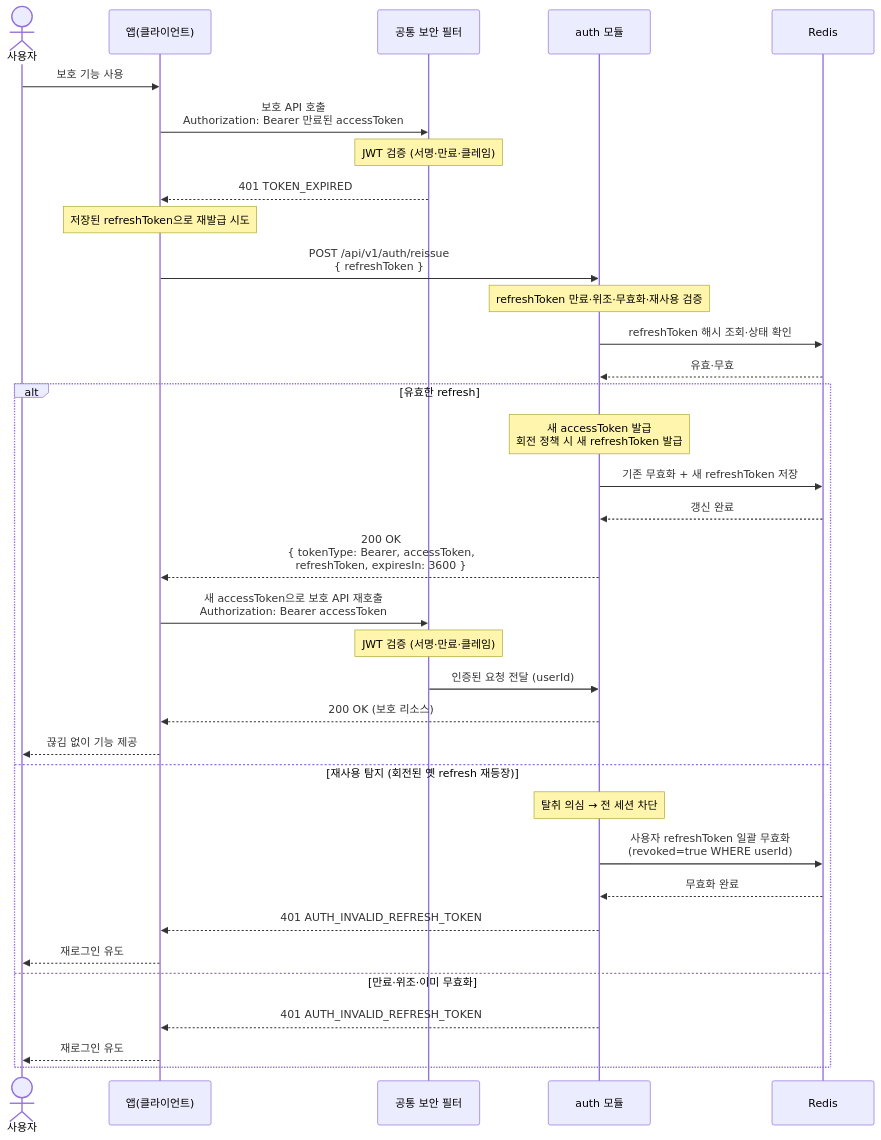
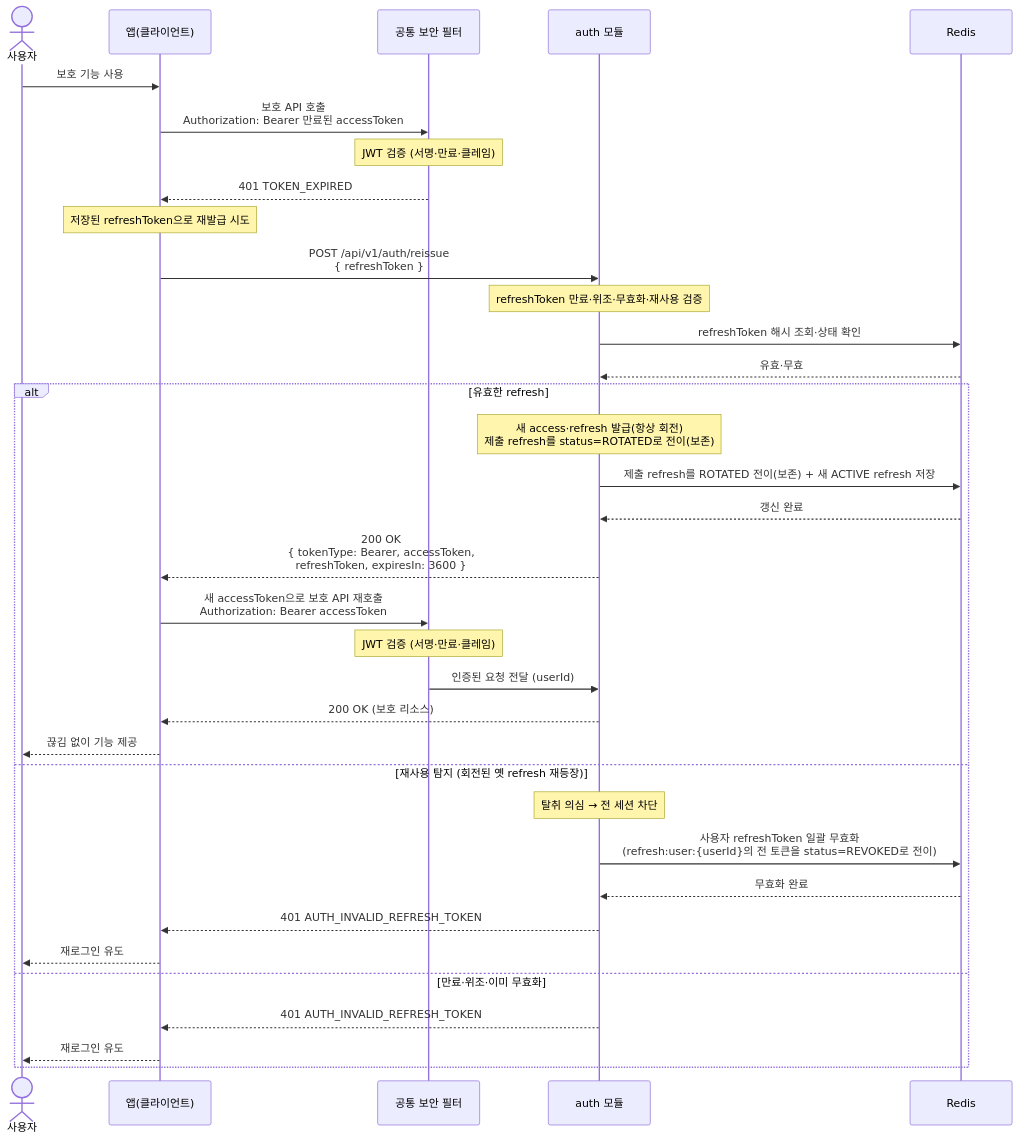
The diagram in docs/architecture/sequence-diagrams/01-auth-onboarding/us-1-3-token-reissue.md (jameskim9509/Kohere-backend), drawn with Mermaid before and after one commit. The commit also changed other lines of this file and 20 other files, not shown here.

````diff
--- a/docs/architecture/sequence-diagrams/01-auth-onboarding/us-1-3-token-reissue.md
+++ b/docs/architecture/sequence-diagrams/01-auth-onboarding/us-1-3-token-reissue.md
@@ -5,38 +5,38 @@
 ```mermaid
 sequenceDiagram
     actor U as 사용자
     participant C as 앱(클라이언트)
     participant SEC as 공통 보안 필터
     participant AUTH as auth 모듈
     participant DB as Redis
 
     U->>C: 보호 기능 사용
     C->>SEC: 보호 API 호출<br/>Authorization: Bearer 만료된 accessToken
     Note over SEC: JWT 검증 (서명·만료·클레임)
     SEC-->>C: 401 TOKEN_EXPIRED
     Note over C: 저장된 refreshToken으로 재발급 시도
     C->>AUTH: POST /api/v1/auth/reissue<br/>{ refreshToken }
     Note over AUTH: refreshToken 만료·위조·무효화·재사용 검증
     AUTH->>DB: refreshToken 해시 조회·상태 확인
     DB-->>AUTH: 유효·무효
     alt 유효한 refresh
-        Note over AUTH: 새 accessToken 발급<br/>회전 정책 시 새 refreshToken 발급
-        AUTH->>DB: 기존 무효화 + 새 refreshToken 저장
+        Note over AUTH: 새 access·refresh 발급(항상 회전)<br/>제출 refresh를 status=ROTATED로 전이(보존)
+        AUTH->>DB: 제출 refresh를 ROTATED 전이(보존) + 새 ACTIVE refresh 저장
         DB-->>AUTH: 갱신 완료
         AUTH-->>C: 200 OK<br/>{ tokenType: Bearer, accessToken,<br/>refreshToken, expiresIn: 3600 }
         C->>SEC: 새 accessToken으로 보호 API 재호출<br/>Authorization: Bearer accessToken
         Note over SEC: JWT 검증 (서명·만료·클레임)
         SEC->>AUTH: 인증된 요청 전달 (userId)
         AUTH-->>C: 200 OK (보호 리소스)
         C-->>U: 끊김 없이 기능 제공
     else 재사용 탐지 (회전된 옛 refresh 재등장)
         Note over AUTH: 탈취 의심 → 전 세션 차단
-        AUTH->>DB: 사용자 refreshToken 일괄 무효화<br/>(revoked=true WHERE userId)
+        AUTH->>DB: 사용자 refreshToken 일괄 무효화<br/>(refresh:user:{userId}의 전 토큰을 status=REVOKED로 전이)
         DB-->>AUTH: 무효화 완료
         AUTH-->>C: 401 AUTH_INVALID_REFRESH_TOKEN
         C-->>U: 재로그인 유도
     else 만료·위조·이미 무효화
         AUTH-->>C: 401 AUTH_INVALID_REFRESH_TOKEN
         C-->>U: 재로그인 유도
     end
 ```
````
